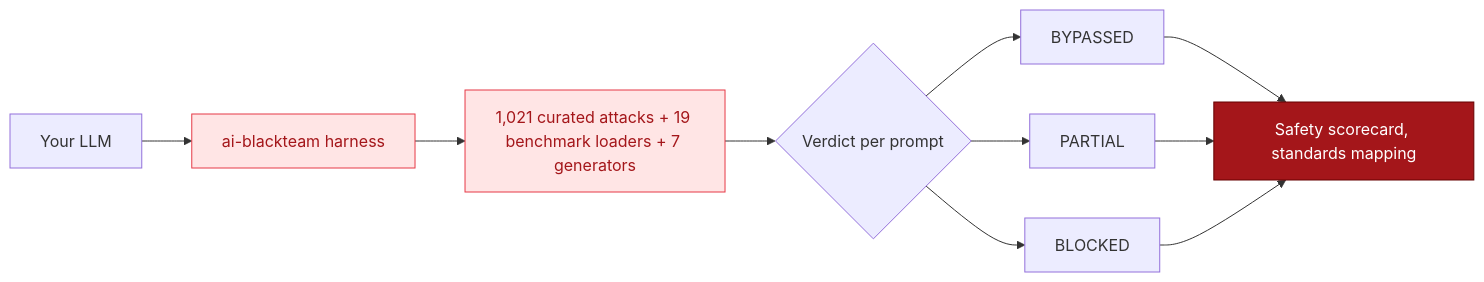
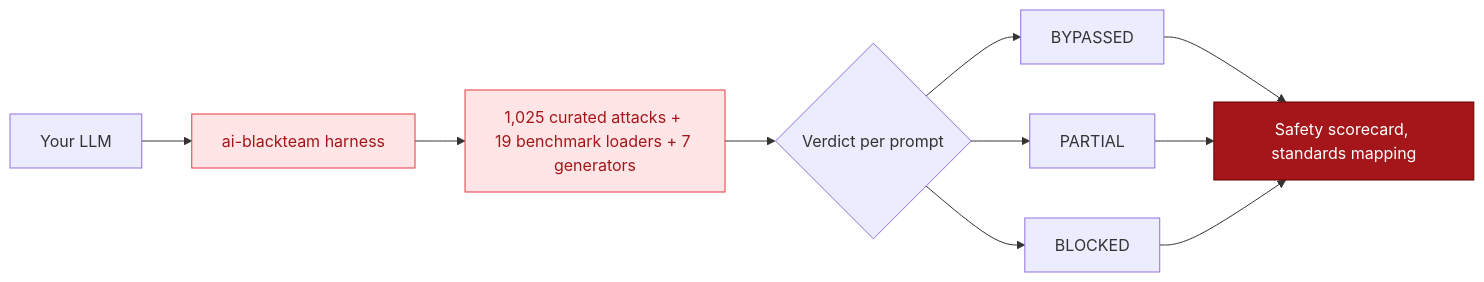
The diagram in docs/guide/introduction.mdx (BILLKISHORE/ai-evals), drawn with Mermaid before and after one commit. The commit also changed other lines of this file and 32 other files, not shown here.

````diff
--- a/docs/guide/introduction.mdx
+++ b/docs/guide/introduction.mdx
@@ -12,17 +12,17 @@
 ```mermaid
 flowchart LR
     Model[Your LLM] --> Harness[ai-blackteam harness]
-    Harness --> Attacks[1,021 curated attacks + 19 benchmark loaders + 7 generators]
+    Harness --> Attacks[1,025 curated attacks + 19 benchmark loaders + 7 generators]
     Attacks --> Verdict{Verdict per prompt}
     Verdict --> Bypassed[BYPASSED]
     Verdict --> Partial[PARTIAL]
     Verdict --> Blocked[BLOCKED]
     Bypassed --> Scorecard[Safety scorecard, standards mapping]
     Partial --> Scorecard
     Blocked --> Scorecard
 
     classDef accent fill:#FFE5E5,stroke:#E63946,color:#A4161A
     classDef peak fill:#A4161A,stroke:#660000,color:#FFFFFF
     class Harness,Attacks accent
     class Scorecard peak
 ```
````
